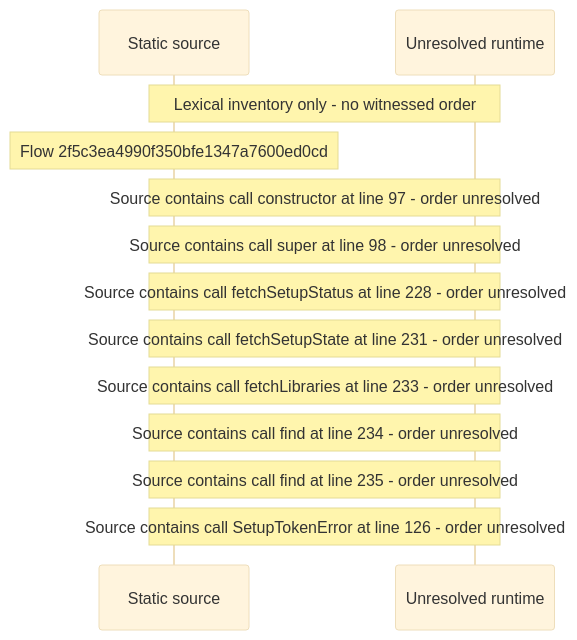
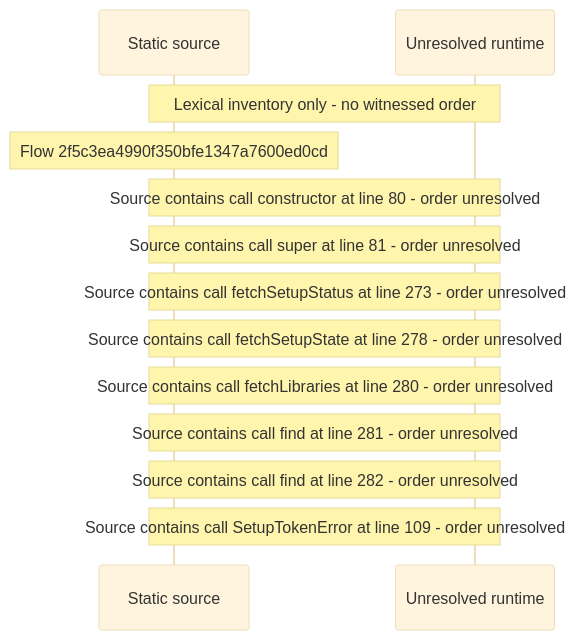
Before and after one commit to beamfall/core: the diagram in docs/web/flows/generated/2f5c3ea4990f350bfe1347a7600ed0cd/flow-diagram.md, drawn with Mermaid (base theme). The commit also changed other lines of this file and 714 other files, not shown here.

Commit message:
Regenerate the web flow record on the batch 5 head (CORE-1762)

````diff
--- a/docs/web/flows/generated/2f5c3ea4990f350bfe1347a7600ed0cd/flow-diagram.md
+++ b/docs/web/flows/generated/2f5c3ea4990f350bfe1347a7600ed0cd/flow-diagram.md
@@ -10,15 +10,15 @@
 ```mermaid
 sequenceDiagram
     participant S as Static source
     participant U as Unresolved runtime
     Note over S,U: Lexical inventory only - no witnessed order
     Note over S: Flow 2f5c3ea4990f350bfe1347a7600ed0cd
-    Note over S,U: Source contains call constructor at line 97 - order unresolved
-    Note over S,U: Source contains call super at line 98 - order unresolved
-    Note over S,U: Source contains call fetchSetupStatus at line 228 - order unresolved
-    Note over S,U: Source contains call fetchSetupState at line 231 - order unresolved
-    Note over S,U: Source contains call fetchLibraries at line 233 - order unresolved
-    Note over S,U: Source contains call find at line 234 - order unresolved
-    Note over S,U: Source contains call find at line 235 - order unresolved
-    Note over S,U: Source contains call SetupTokenError at line 126 - order unresolved
+    Note over S,U: Source contains call constructor at line 80 - order unresolved
+    Note over S,U: Source contains call super at line 81 - order unresolved
+    Note over S,U: Source contains call fetchSetupStatus at line 273 - order unresolved
+    Note over S,U: Source contains call fetchSetupState at line 278 - order unresolved
+    Note over S,U: Source contains call fetchLibraries at line 280 - order unresolved
+    Note over S,U: Source contains call find at line 281 - order unresolved
+    Note over S,U: Source contains call find at line 282 - order unresolved
+    Note over S,U: Source contains call SetupTokenError at line 109 - order unresolved
 ```
````
